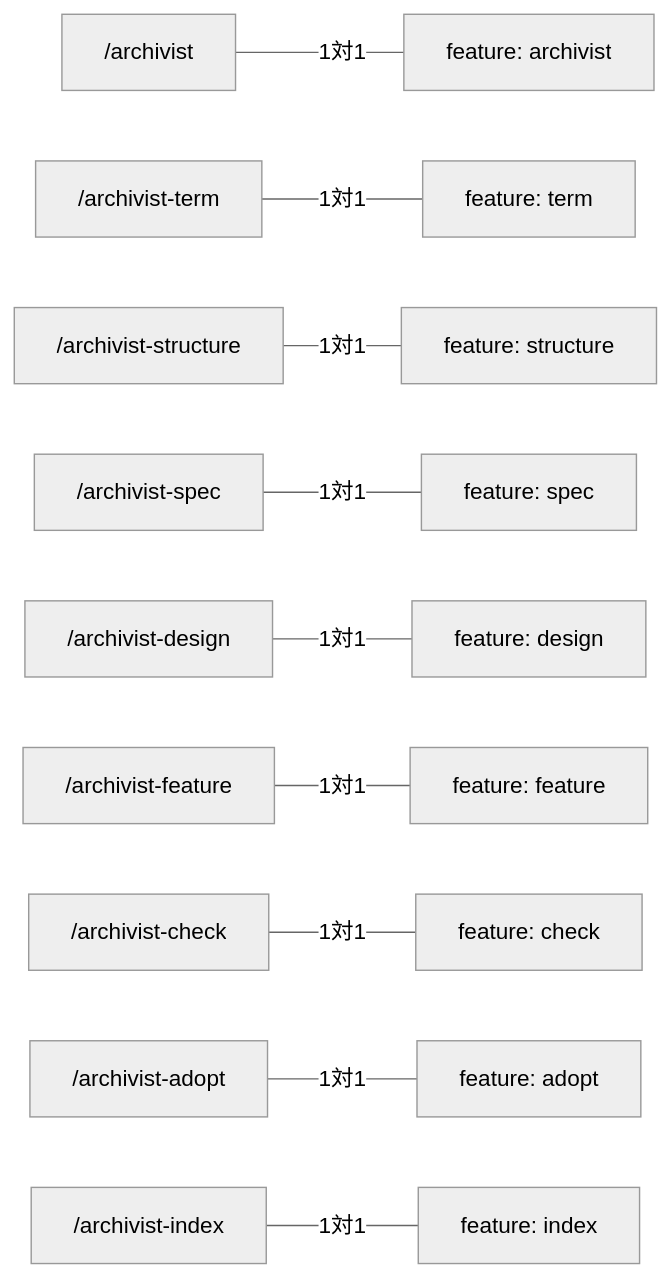
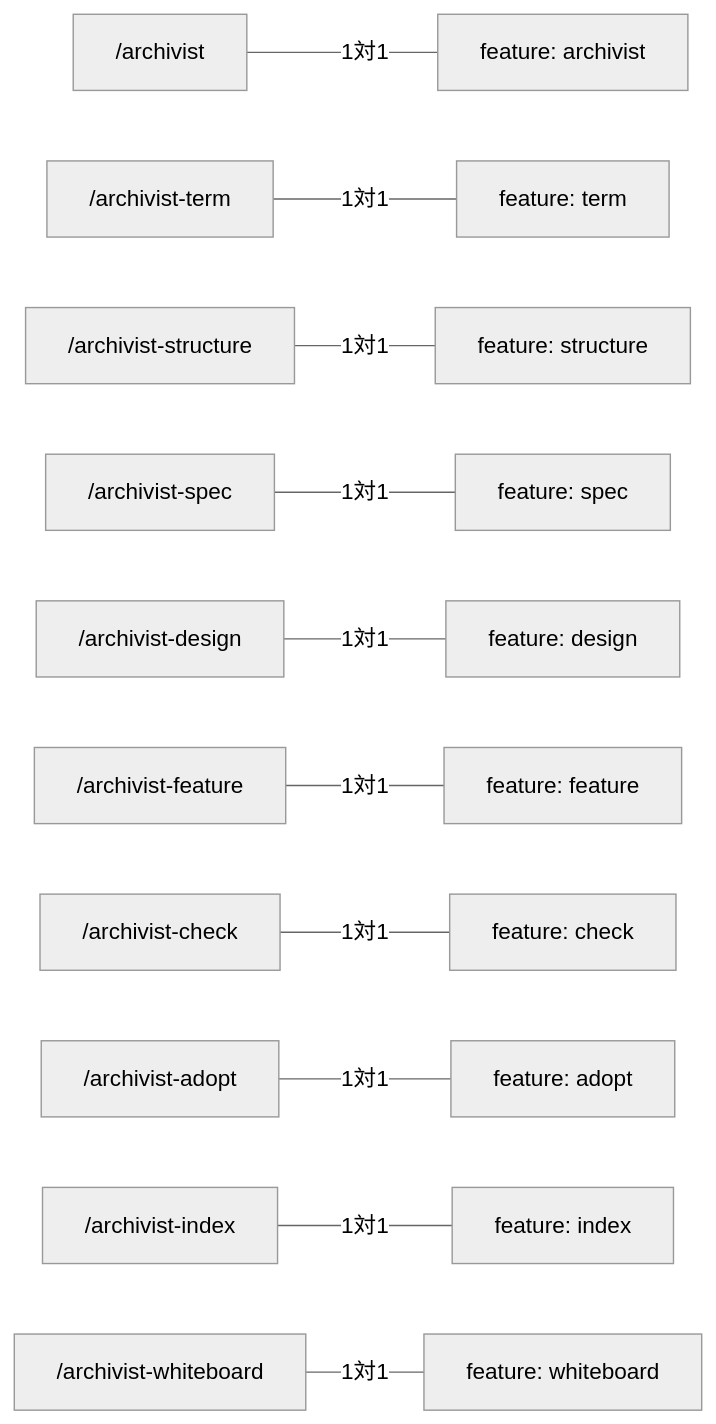
One commit to gameundwatch/archivist changed the second of 2 diagrams in docs/archivist/L3_structures/skill-composition.md. Above: the diagram before and after it, drawn with Mermaid (neutral theme). The commit also changed other lines of this file and 10 other files, not shown here.

````diff
--- a/docs/archivist/L3_structures/skill-composition.md
+++ b/docs/archivist/L3_structures/skill-composition.md
@@ -34,12 +38,13 @@
 ```mermaid
 flowchart LR
     S0["/archivist"] ---|1対1| F0["feature: archivist"]
     S1["/archivist-term"] ---|1対1| F1["feature: term"]
     S2["/archivist-structure"] ---|1対1| F2["feature: structure"]
     S3["/archivist-spec"] ---|1対1| F3["feature: spec"]
     S4["/archivist-design"] ---|1対1| F4["feature: design"]
     S5["/archivist-feature"] ---|1対1| F5["feature: feature"]
     S6["/archivist-check"] ---|1対1| F6["feature: check"]
     S8["/archivist-adopt"] ---|1対1| F8["feature: adopt"]
     S9["/archivist-index"] ---|1対1| F9["feature: index"]
+    S10["/archivist-whiteboard"] ---|1対1| F10["feature: whiteboard"]
 ```
````
